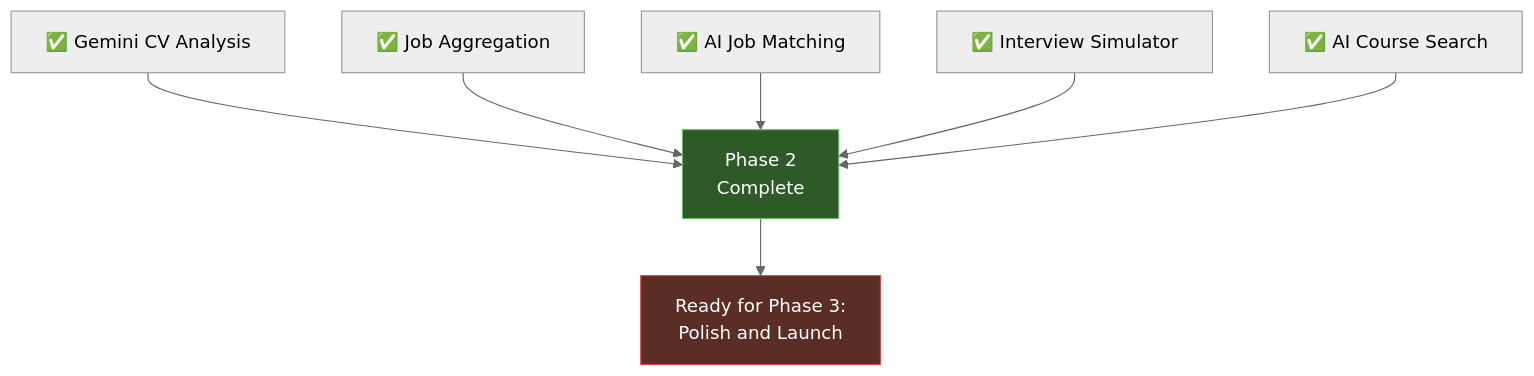
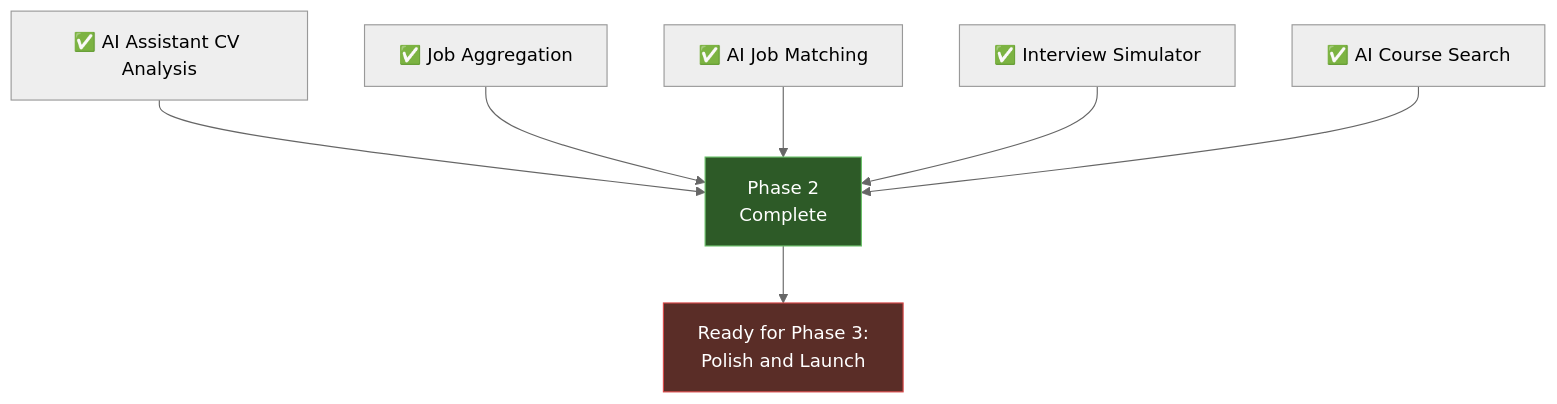
The eighth of 10 diagrams in docs/CareerPilot_AI_Plan.md (dyajaballh8/CareerPilot-AI), drawn with Mermaid (neutral theme) before and after one commit. The commit also changed other lines of this file and 24 other files, not shown here.

````diff
--- a/docs/CareerPilot_AI_Plan.md
+++ b/docs/CareerPilot_AI_Plan.md
@@ -382,12 +382,12 @@
 ```mermaid
 flowchart TD
-    A["✅ Gemini CV Analysis"] --> F["Phase 2<br/>Complete"]
+    A["✅ AI Assistant CV Analysis"] --> F["Phase 2<br/>Complete"]
     B["✅ Job Aggregation"] --> F
     C["✅ AI Job Matching"] --> F
     D["✅ Interview Simulator"] --> F
     E["✅ AI Course Search"] --> F
     F --> G["Ready for Phase 3:<br/>Polish and Launch"]
 
     style F fill:#2d5a27,stroke:#6abf69,color:#fff
     style G fill:#5a2d27,stroke:#d94a4a,color:#fff
 ```
````
